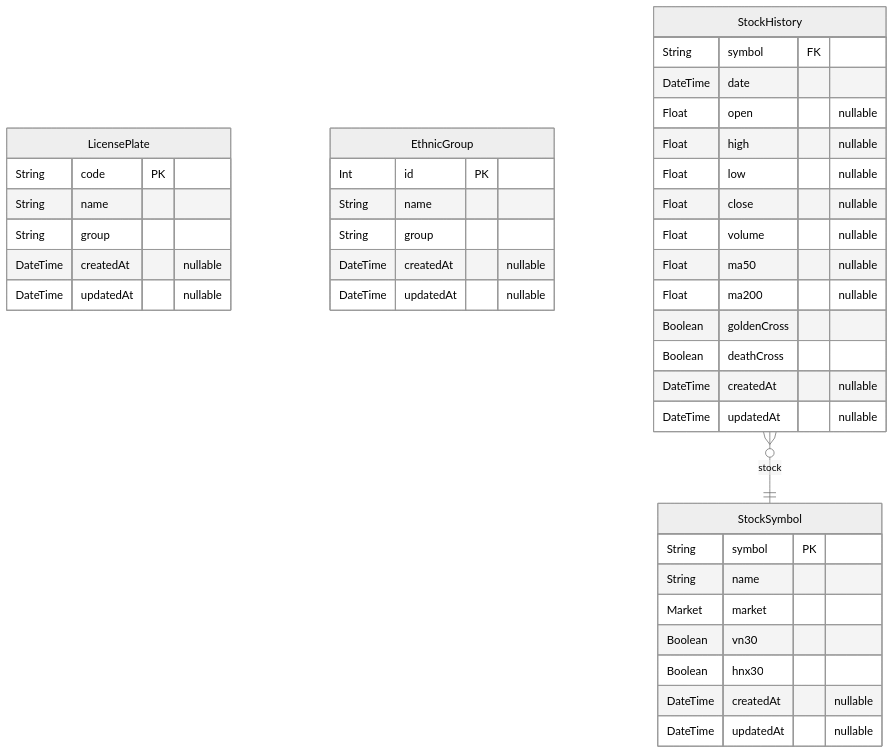
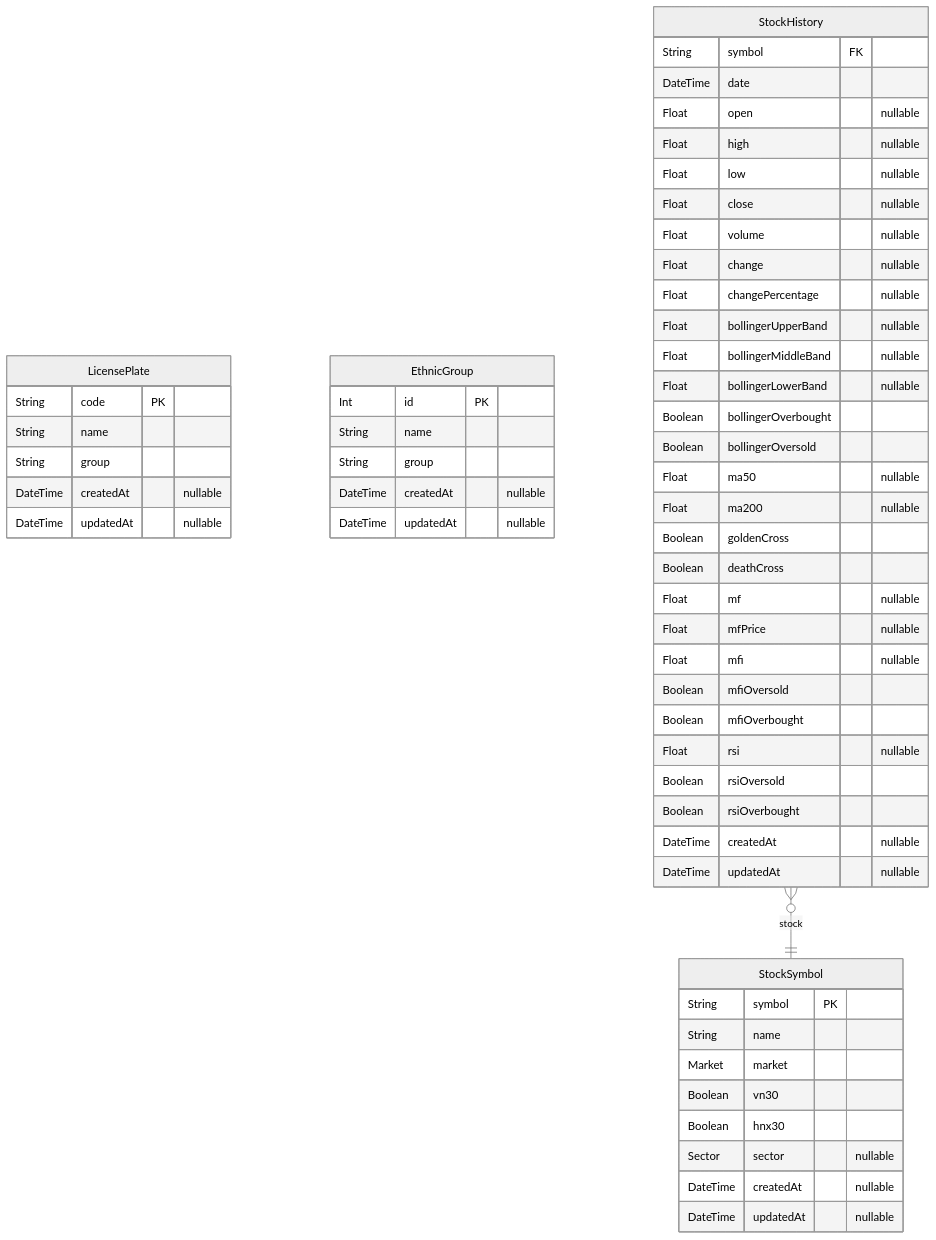
The diagram in app/vi/prisma/README.md (hieudoanm/hieudoanm.github.io), drawn with Mermaid (neutral theme) before and after one commit. The commit also changed other lines of this file and 63 other files, not shown here.

````diff
--- a/app/vi/prisma/README.md
+++ b/app/vi/prisma/README.md
@@ -9,42 +9,58 @@
 ```mermaid
 erDiagram
 "LicensePlate" {
   String code PK
   String name
   String group
   DateTime createdAt "nullable"
   DateTime updatedAt "nullable"
 }
 "EthnicGroup" {
   Int id PK
   String name
   String group
   DateTime createdAt "nullable"
   DateTime updatedAt "nullable"
 }
 "StockSymbol" {
   String symbol PK
   String name
   Market market
   Boolean vn30
   Boolean hnx30
+  Sector sector "nullable"
   DateTime createdAt "nullable"
   DateTime updatedAt "nullable"
 }
 "StockHistory" {
   String symbol FK
   DateTime date
   Float open "nullable"
   Float high "nullable"
   Float low "nullable"
   Float close "nullable"
   Float volume "nullable"
+  Float change "nullable"
+  Float changePercentage "nullable"
+  Float bollingerUpperBand "nullable"
+  Float bollingerMiddleBand "nullable"
+  Float bollingerLowerBand "nullable"
+  Boolean bollingerOverbought
+  Boolean bollingerOversold
   Float ma50 "nullable"
   Float ma200 "nullable"
   Boolean goldenCross
   Boolean deathCross
+  Float mf "nullable"
+  Float mfPrice "nullable"
+  Float mfi "nullable"
+  Boolean mfiOversold
+  Boolean mfiOverbought
+  Float rsi "nullable"
+  Boolean rsiOversold
+  Boolean rsiOverbought
   DateTime createdAt "nullable"
   DateTime updatedAt "nullable"
 }
 "StockHistory" }o--|| "StockSymbol" : stock
 ```
````
